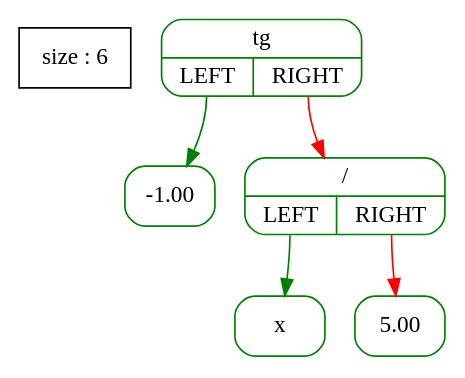
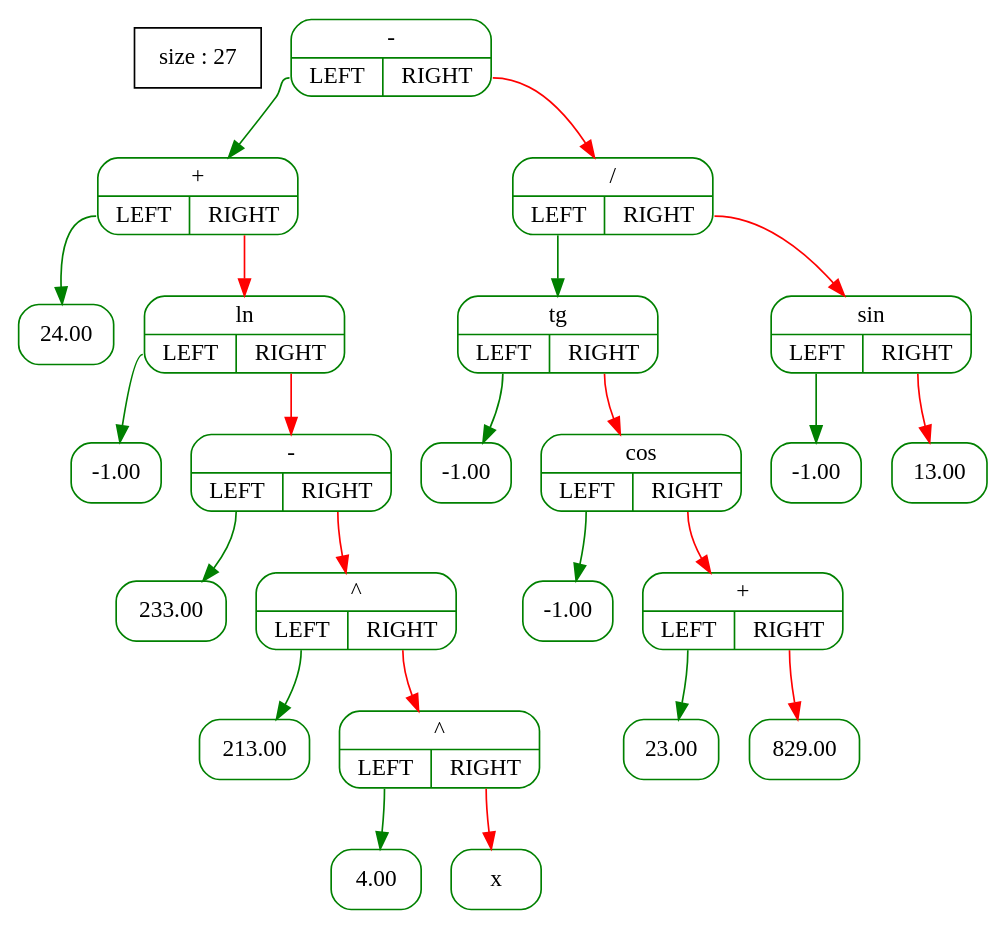
One commit to A-Elbereth-Gilthoniel/Differentiator changed the diagram in files/Tree_graph.dot. Above: the diagram before and after it, drawn with Graphviz. The commit also changed 24 other files, not shown here.

```diff
--- a/files/Tree_graph.dot
+++ b/files/Tree_graph.dot
@@ -1,14 +1,50 @@
 digraph G {                
-  tree [shape=box ; stryle=rounded ; label="size : 6"];                
+  tree [shape=box ; stryle=rounded ; label="size : 27"];                
   edge [color=black];                
   node [shape=record ; style=rounded ; color=green];
-14887184 [label="{tg|{<YES>LEFT|<NO>RIGHT}}"];
-14877960 [label="{-1.00}"];
-14882472 [label="{/|{<YES>LEFT|<NO>RIGHT}}"];
-14882432 [label="{x}"];
-14882512 [label="{5.00}"];
-14887184:<YES> -> 14877960 [color=green];
-14887184:<NO> -> 14882472 [color=red];
-14882472:<YES> -> 14882432 [color=green];
-14882472:<NO> -> 14882512 [color=red];
+14691040 [label="{-|{<YES>LEFT|<NO>RIGHT}}"];
+14691800 [label="{+|{<YES>LEFT|<NO>RIGHT}}"];
+14685896 [label="{24.00}"];
+14691840 [label="{ln|{<YES>LEFT|<NO>RIGHT}}"];
+14690400 [label="{-1.00}"];
+14691960 [label="{-|{<YES>LEFT|<NO>RIGHT}}"];
+14691920 [label="{233.00}"];
+14692040 [label="{^|{<YES>LEFT|<NO>RIGHT}}"];
+14692000 [label="{213.00}"];
+14690832 [label="{^|{<YES>LEFT|<NO>RIGHT}}"];
+14692120 [label="{4.00}"];
+14685848 [label="{x}"];
+14689680 [label="{/|{<YES>LEFT|<NO>RIGHT}}"];
+14691080 [label="{tg|{<YES>LEFT|<NO>RIGHT}}"];
+14689840 [label="{-1.00}"];
+14681264 [label="{cos|{<YES>LEFT|<NO>RIGHT}}"];
+14689800 [label="{-1.00}"];
+14689560 [label="{+|{<YES>LEFT|<NO>RIGHT}}"];
+14690360 [label="{23.00}"];
+14689640 [label="{829.00}"];
+14689760 [label="{sin|{<YES>LEFT|<NO>RIGHT}}"];
+14690240 [label="{-1.00}"];
+14690320 [label="{13.00}"];
+14691040:<YES> -> 14691800 [color=green];
+14691800:<YES> -> 14685896 [color=green];
+14691800:<NO> -> 14691840 [color=red];
+14691840:<YES> -> 14690400 [color=green];
+14691840:<NO> -> 14691960 [color=red];
+14691960:<YES> -> 14691920 [color=green];
+14691960:<NO> -> 14692040 [color=red];
+14692040:<YES> -> 14692000 [color=green];
+14692040:<NO> -> 14690832 [color=red];
+14690832:<YES> -> 14692120 [color=green];
+14690832:<NO> -> 14685848 [color=red];
+14691040:<NO> -> 14689680 [color=red];
+14689680:<YES> -> 14691080 [color=green];
+14691080:<YES> -> 14689840 [color=green];
+14691080:<NO> -> 14681264 [color=red];
+14681264:<YES> -> 14689800 [color=green];
+14681264:<NO> -> 14689560 [color=red];
+14689560:<YES> -> 14690360 [color=green];
+14689560:<NO> -> 14689640 [color=red];
+14689680:<NO> -> 14689760 [color=red];
+14689760:<YES> -> 14690240 [color=green];
+14689760:<NO> -> 14690320 [color=red];
 }
```
